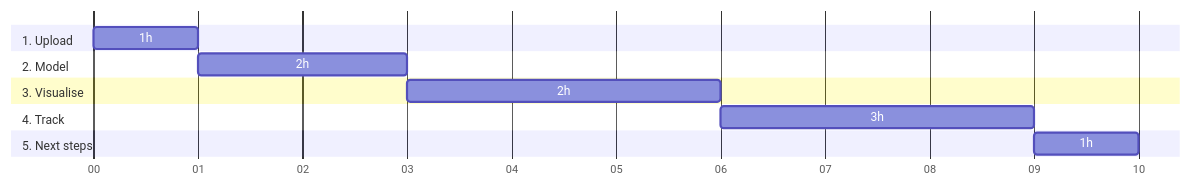
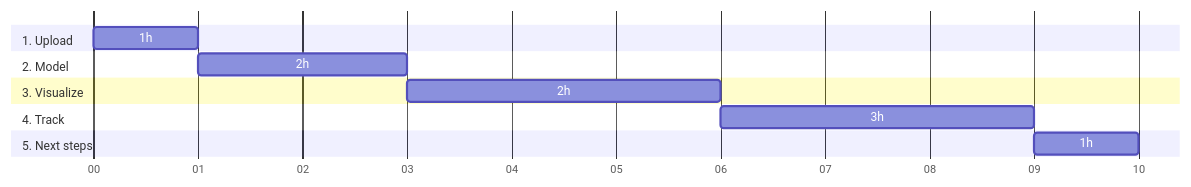
The first of 2 diagrams in content/_index.md (snowplow/advanced-analytics-mobile-accelerator), drawn with Mermaid before and after one commit. The commit also changed other lines of this file and 10 other files, not shown here.

```diff
--- a/content/_index.md
+++ b/content/_index.md
@@ -42,16 +42,16 @@
 {{<mermaid>}}
 gantt
         dateFormat  HH-mm
         axisFormat %M
         section 1. Upload
         1h          :upload, 00-00, 1m
         section 2. Model
         2h          :model, after upload, 2m
-        section 3. Visualise
-        2h          :visualise, after model, 3m
+        section 3. Visualize
+        2h          :Visualize, after model, 3m
         section 4. Track
-        3h          :track, after visualise, 3m
+        3h          :track, after Visualize, 3m
         section 5. Next steps
         1h          :next steps, after track, 1m
 
 {{</mermaid >}}
```
